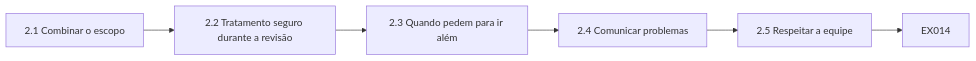
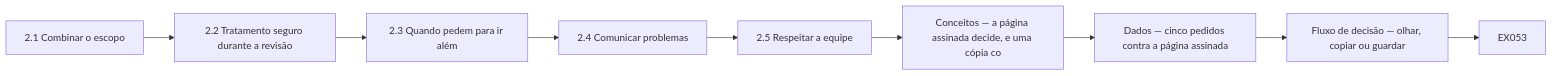
The fifth of 12 diagrams in levels/rapid-1-month/privacy-data-protection/pt/book/MANUSCRIPT.md (hiagokinlevi/CyKin), drawn with Mermaid before and after one commit. The commit also changed other lines of this file and 1 other file, not shown here.

````diff
--- a/levels/rapid-1-month/privacy-data-protection/pt/book/MANUSCRIPT.md
+++ b/levels/rapid-1-month/privacy-data-protection/pt/book/MANUSCRIPT.md
@@ -171,9 +240,12 @@
 ```mermaid
 flowchart LR
   N0["2.1 Combinar o escopo"]
   N1["2.2 Tratamento seguro durante a revisão"]
   N2["2.3 Quando pedem para ir além"]
   N3["2.4 Comunicar problemas"]
   N4["2.5 Respeitar a equipe"]
-  N0 --> N1 --> N2 --> N3 --> N4 --> Q["EX014"]
+  N5["Conceitos — a página assinada decide, e uma cópia co"]
+  N6["Dados — cinco pedidos contra a página assinada"]
+  N7["Fluxo de decisão — olhar, copiar ou guardar"]
+  N0 --> N1 --> N2 --> N3 --> N4 --> N5 --> N6 --> N7 --> Q["EX053"]
 ```
````
